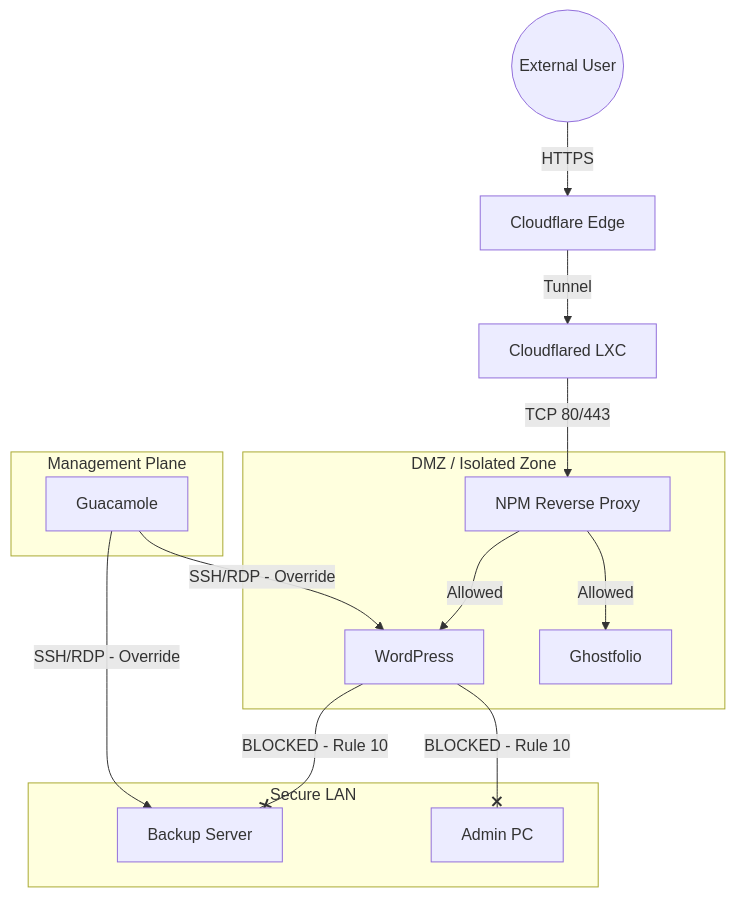
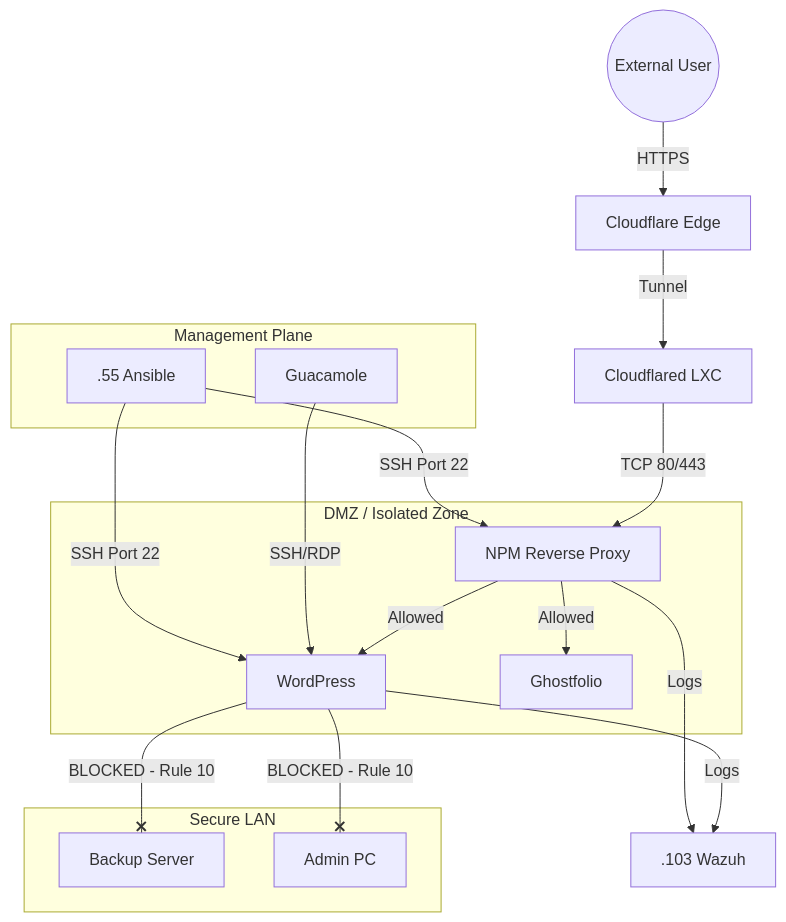
One commit to abrsc/my-homelab changed the diagram in docs/13-Security-Architecture.md. Above: the diagram before and after it, drawn with Mermaid. The commit also changed other lines of this file, not shown here.

First line of the commit message:
Revise security architecture and monitoring details

````diff
--- a/docs/13-Security-Architecture.md
+++ b/docs/13-Security-Architecture.md
@@ -57,21 +63,24 @@
 ```mermaid
 graph TD
     User((External User)) -->|HTTPS| CF[Cloudflare Edge]
     CF -->|Tunnel| CT[Cloudflared LXC]
     CT -->|TCP 80/443| NPM[NPM Reverse Proxy]
     
     subgraph "DMZ / Isolated Zone"
         NPM -->|Allowed| WP[WordPress]
         NPM -->|Allowed| GF[Ghostfolio]
     end
 
     subgraph "Secure LAN"
         WP --x|"BLOCKED - Rule 10"| NAS[Backup Server]
         WP --x|"BLOCKED - Rule 10"| PC[Admin PC]
     end
 
     subgraph "Management Plane"
-        Guac[Guacamole] -->|"SSH/RDP - Override"| WP
-        Guac -->|"SSH/RDP - Override"| NAS
+        Guac[Guacamole] -->|"SSH/RDP"| WP
+        Ansible[.55 Ansible] -->|"SSH Port 22"| NPM
+        Ansible -->|"SSH Port 22"| WP
     end
+    WP -->|Logs| Wazuh[.103 Wazuh]
+    NPM -->|Logs| Wazuh
 ```
````
